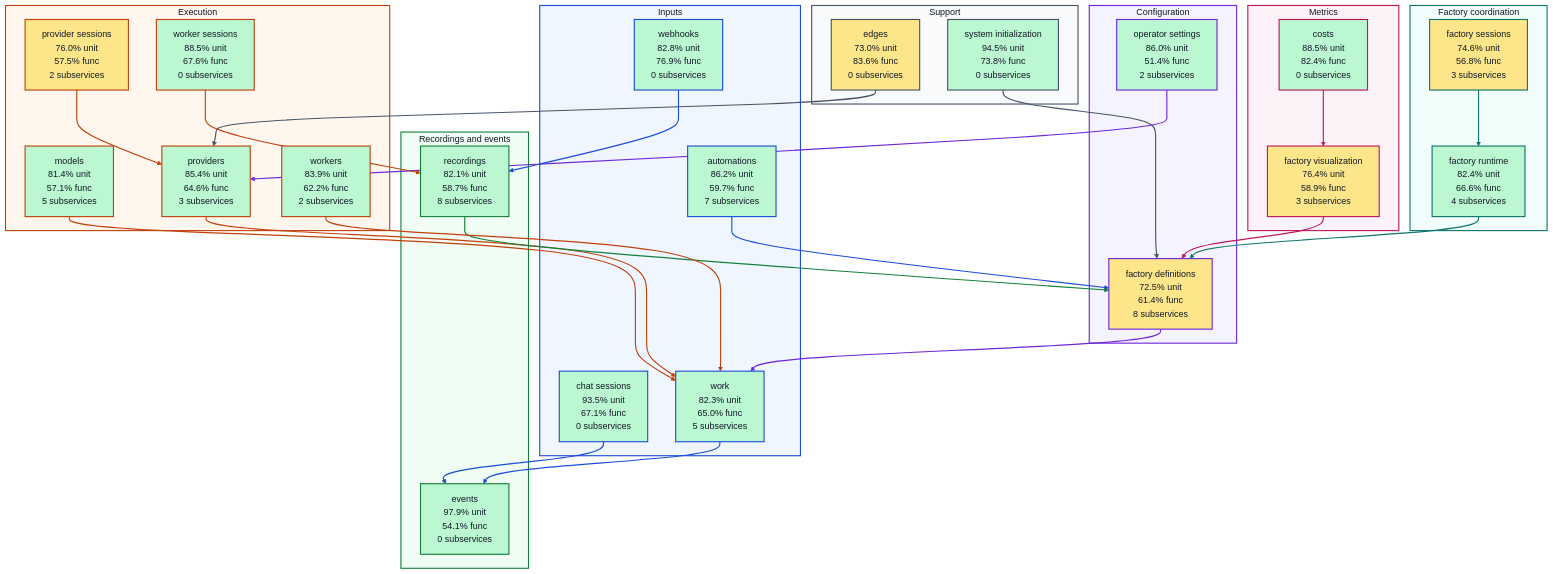
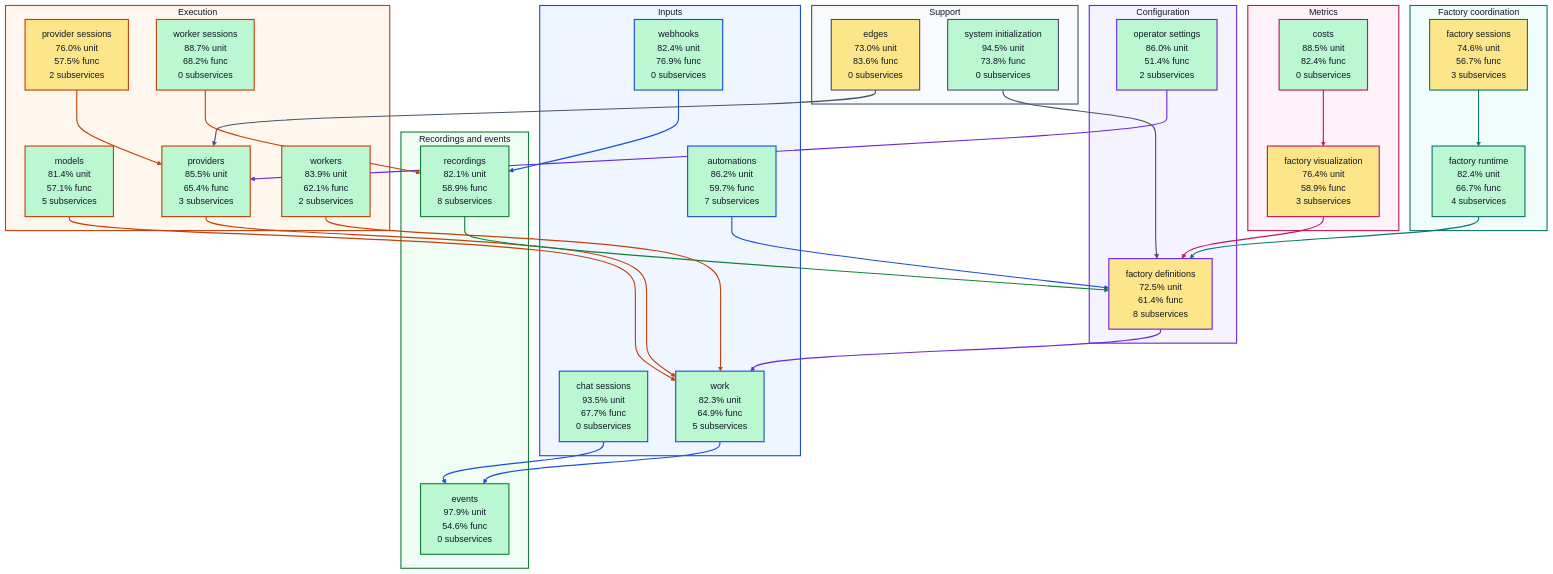
The diagram in docs/architecture/visualizations/high-level-test-coverage.md (portpowered/you-agent-factory), drawn with Mermaid before and after one commit. The commit also changed other lines of this file and 20 other files, not shown here.

Commit message:
docs: refresh backend architecture visualizations

```diff
--- a/docs/architecture/visualizations/high-level-test-coverage.md
+++ b/docs/architecture/visualizations/high-level-test-coverage.md
@@ -12,28 +12,28 @@
 flowchart TB
   subgraph input["Inputs"]
     s_services_automations["automations<br/>86.2% unit<br/>59.7% func<br/>7 subservices"]
-    s_services_chat_sessions["chat sessions<br/>93.5% unit<br/>67.1% func<br/>0 subservices"]
-    s_services_webhooks["webhooks<br/>82.8% unit<br/>76.9% func<br/>0 subservices"]
-    s_services_work["work<br/>82.3% unit<br/>65.0% func<br/>5 subservices"]
+    s_services_chat_sessions["chat sessions<br/>93.5% unit<br/>67.7% func<br/>0 subservices"]
+    s_services_webhooks["webhooks<br/>82.4% unit<br/>76.9% func<br/>0 subservices"]
+    s_services_work["work<br/>82.3% unit<br/>64.9% func<br/>5 subservices"]
   end
   subgraph configuration["Configuration"]
     s_services_factory_definitions["factory definitions<br/>72.5% unit<br/>61.4% func<br/>8 subservices"]
     s_services_operator_settings["operator settings<br/>86.0% unit<br/>51.4% func<br/>2 subservices"]
   end
   subgraph coordination["Factory coordination"]
-    s_services_factory_runtime["factory runtime<br/>82.4% unit<br/>66.6% func<br/>4 subservices"]
-    s_services_factory_sessions["factory sessions<br/>74.6% unit<br/>56.8% func<br/>3 subservices"]
+    s_services_factory_runtime["factory runtime<br/>82.4% unit<br/>66.7% func<br/>4 subservices"]
+    s_services_factory_sessions["factory sessions<br/>74.6% unit<br/>56.7% func<br/>3 subservices"]
   end
   subgraph execution["Execution"]
     s_services_models["models<br/>81.4% unit<br/>57.1% func<br/>5 subservices"]
     s_services_provider_sessions["provider sessions<br/>76.0% unit<br/>57.5% func<br/>2 subservices"]
-    s_services_providers["providers<br/>85.4% unit<br/>64.6% func<br/>3 subservices"]
-    s_services_worker_sessions["worker sessions<br/>88.5% unit<br/>67.6% func<br/>0 subservices"]
-    s_services_workers["workers<br/>83.9% unit<br/>62.2% func<br/>2 subservices"]
+    s_services_providers["providers<br/>85.5% unit<br/>65.4% func<br/>3 subservices"]
+    s_services_worker_sessions["worker sessions<br/>88.7% unit<br/>68.2% func<br/>0 subservices"]
+    s_services_workers["workers<br/>83.9% unit<br/>62.1% func<br/>2 subservices"]
   end
   subgraph recordings["Recordings and events"]
-    s_services_events["events<br/>97.9% unit<br/>54.1% func<br/>0 subservices"]
-    s_services_recordings["recordings<br/>82.1% unit<br/>58.7% func<br/>8 subservices"]
+    s_services_events["events<br/>97.9% unit<br/>54.6% func<br/>0 subservices"]
+    s_services_recordings["recordings<br/>82.1% unit<br/>58.9% func<br/>8 subservices"]
   end
   subgraph metrics["Metrics"]
     s_services_costs["costs<br/>88.5% unit<br/>82.4% func<br/>0 subservices"]
```
